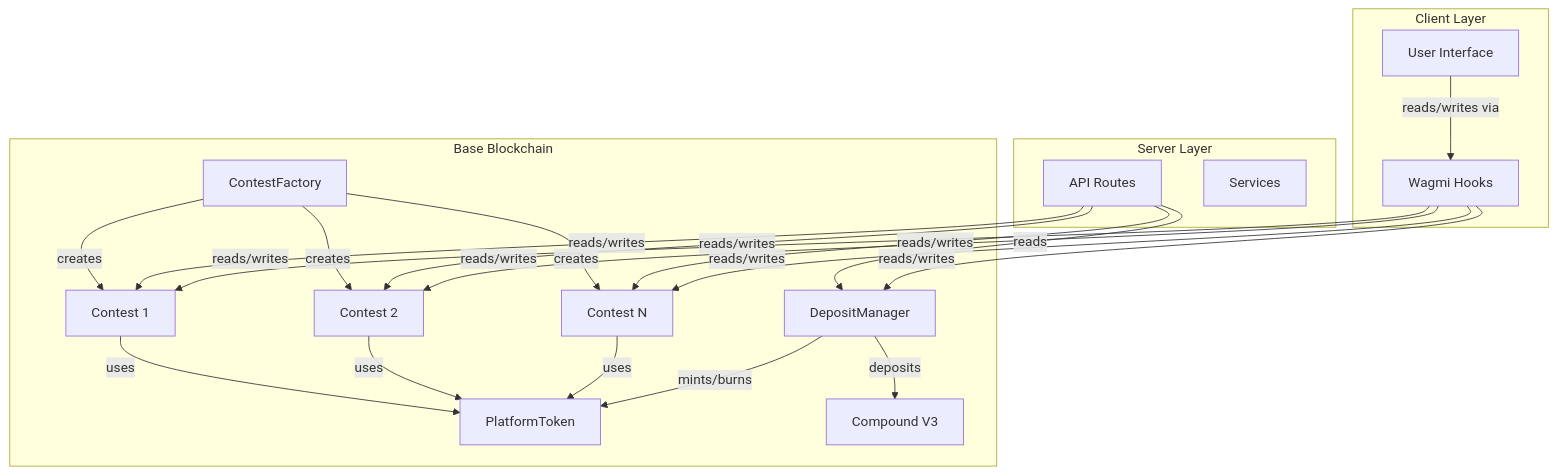
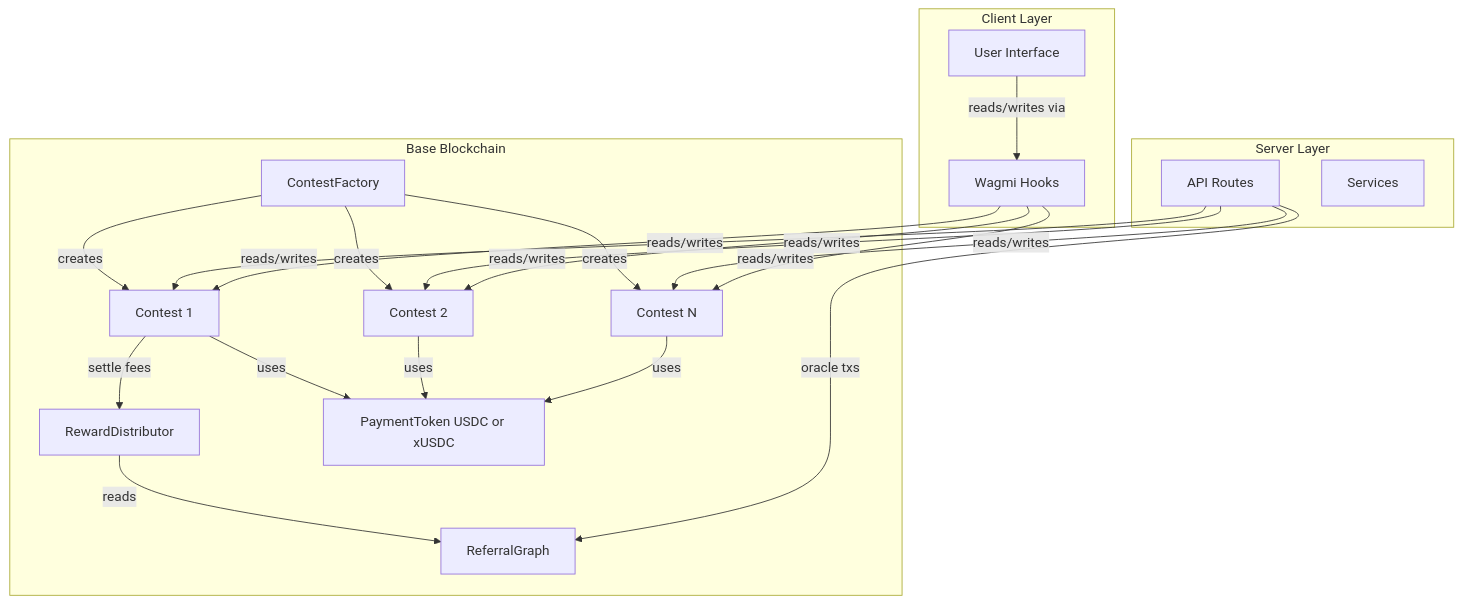
The diagram in spec/contracts/architecture.md (MagRelo/cut), drawn with Mermaid before and after one commit. The commit also changed other lines of this file and 33 other files, not shown here.

````diff
--- a/spec/contracts/architecture.md
+++ b/spec/contracts/architecture.md
@@ -5,44 +5,42 @@
 ```mermaid
 graph TB
     subgraph blockchain[Base Blockchain]
         CF[ContestFactory]
         C1[Contest 1]
         C2[Contest 2]
         CN[Contest N]
-        DM[DepositManager]
-        PT[PlatformToken]
-        CUSDC[Compound V3]
+        RG[ReferralGraph]
+        RD[RewardDistributor]
+        PT[PaymentToken USDC or xUSDC]
     end
-    
+
     subgraph server[Server Layer]
         API[API Routes]
         SVC[Services]
     end
-    
+
     subgraph client[Client Layer]
         UI[User Interface]
         WAGMI[Wagmi Hooks]
     end
-    
+
     CF -->|creates| C1
     CF -->|creates| C2
     CF -->|creates| CN
-    
+
     C1 -->|uses| PT
     C2 -->|uses| PT
     CN -->|uses| PT
-    
-    DM -->|mints/burns| PT
-    DM -->|deposits| CUSDC
-    
+    C1 -->|settle fees| RD
+    RD -->|reads| RG
+
     API -->|reads/writes| C1
     API -->|reads/writes| C2
     API -->|reads/writes| CN
-    API -->|reads| DM
-    
+    API -->|oracle txs| RG
+
     UI -->|reads/writes via| WAGMI
     WAGMI -->|reads/writes| C1
     WAGMI -->|reads/writes| C2
     WAGMI -->|reads/writes| CN
-    WAGMI -->|reads/writes| DM
 ```
````
